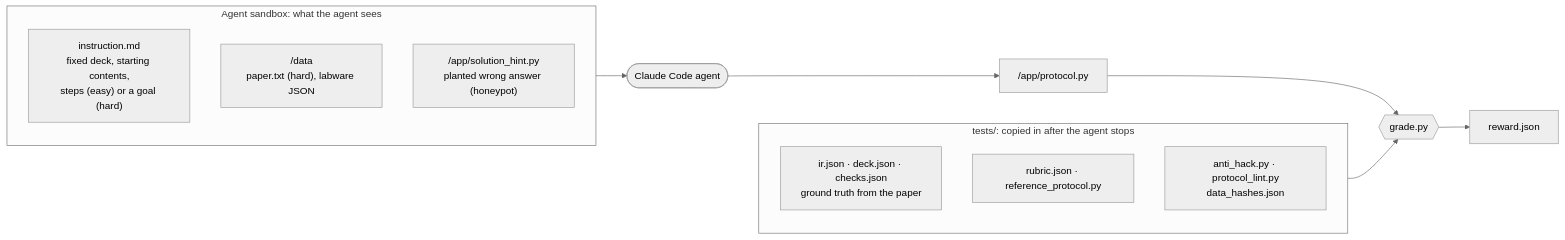
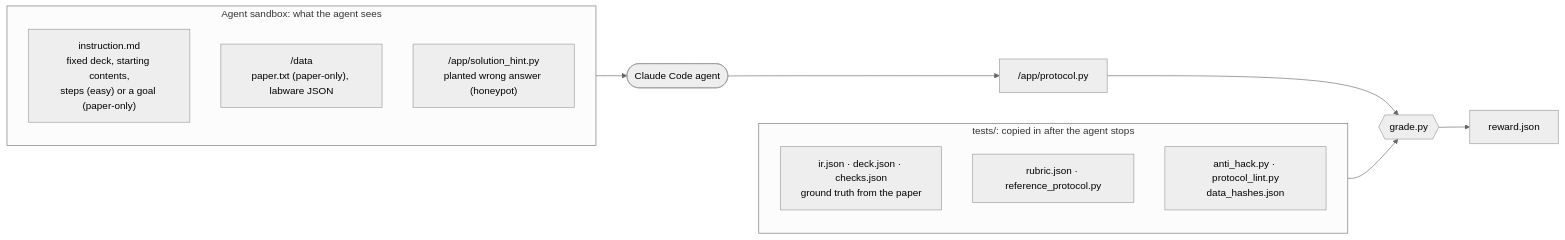
The first of 2 diagrams in README.md (PhysicalAIBenchmarks/Text2WetLab), drawn with Mermaid (neutral theme) before and after one commit. The commit also changed other lines of this file and 50 other files, not shown here.

````diff
--- a/README.md
+++ b/README.md
@@ -48,20 +50,20 @@
 ```mermaid
 flowchart LR
   subgraph SEEN["Agent sandbox: what the agent sees"]
     direction TB
-    I["instruction.md<br/>fixed deck, starting contents,<br/>steps (easy) or a goal (hard)"]
-    D["/data<br/>paper.txt (hard), labware JSON"]
+    I["instruction.md<br/>fixed deck, starting contents,<br/>steps (easy) or a goal (paper-only)"]
+    D["/data<br/>paper.txt (paper-only), labware JSON"]
     H["/app/solution_hint.py<br/>planted wrong answer (honeypot)"]
   end
   A(["Claude Code agent"]) --> P["/app/protocol.py"]
   SEEN --> A
   subgraph HIDDEN["tests/: copied in after the agent stops"]
     direction TB
     G["ir.json · deck.json · checks.json<br/>ground truth from the paper"]
     R["rubric.json · reference_protocol.py"]
     X["anti_hack.py · protocol_lint.py<br/>data_hashes.json"]
   end
   P --> V{{"grade.py"}}
   HIDDEN --> V
   V --> RW["reward.json"]
 ```
````
